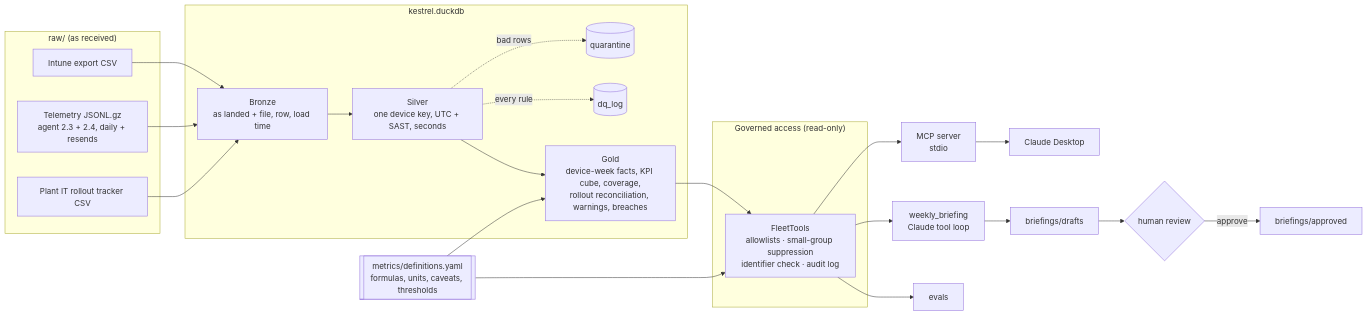
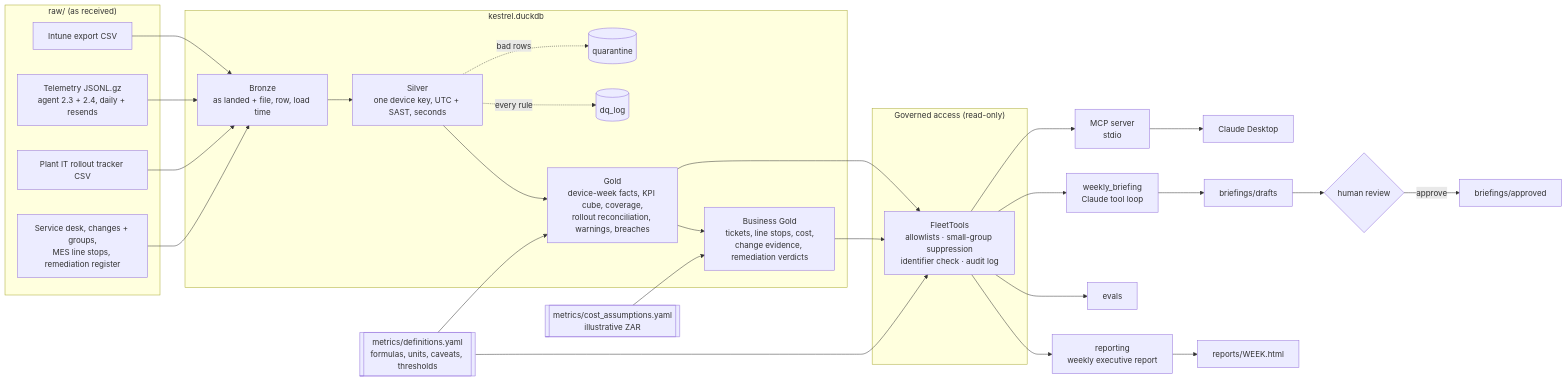
Before and after one commit to molelekimc/kestrel-device-intelligence: the diagram in README.md, drawn with Mermaid. The commit also changed other lines of this file and 14 other files, not shown here.

First line of the commit message:
Phase 6c: executive report, business evals and documentation

````diff
--- a/README.md
+++ b/README.md
@@ -18,33 +19,39 @@
 ```mermaid
 flowchart LR
     subgraph raw["raw/ (as received)"]
         I[Intune export CSV]
         T[Telemetry JSONL.gz<br/>agent 2.3 + 2.4, daily + resends]
         P[Plant IT rollout tracker CSV]
+        X[Service desk, changes + groups,<br/>MES line stops, remediation register]
     end
 
     subgraph wh["kestrel.duckdb"]
         B[Bronze<br/>as landed + file, row, load time]
         S[Silver<br/>one device key, UTC + SAST, seconds]
         Q[(quarantine)]
         L[(dq_log)]
         G[Gold<br/>device-week facts, KPI cube, coverage,<br/>rollout reconciliation, warnings, breaches]
+        GB[Business Gold<br/>tickets, line stops, cost,<br/>change evidence, remediation verdicts]
     end
 
     M[[metrics/definitions.yaml<br/>formulas, units, caveats, thresholds]]
+    C[[metrics/cost_assumptions.yaml<br/>illustrative ZAR]]
 
-    I & T & P --> B --> S --> G
+    I & T & P & X --> B --> S --> G --> GB
+    C --> GB
     S -. bad rows .-> Q
     S -. every rule .-> L
     M --> G
 
     subgraph gov["Governed access (read-only)"]
         F[FleetTools<br/>allowlists · small-group suppression<br/>identifier check · audit log]
     end
     G --> F
+    GB --> F
     M --> F
 
     F --> MCP[MCP server<br/>stdio] --> CD[Claude Desktop]
     F --> WB[weekly_briefing<br/>Claude tool loop] --> D[briefings/drafts] --> R{human review} -->|approve| A[briefings/approved]
     F --> E[evals]
+    F --> RP[reporting<br/>weekly executive report] --> H[reports/WEEK.html]
 ```
````
